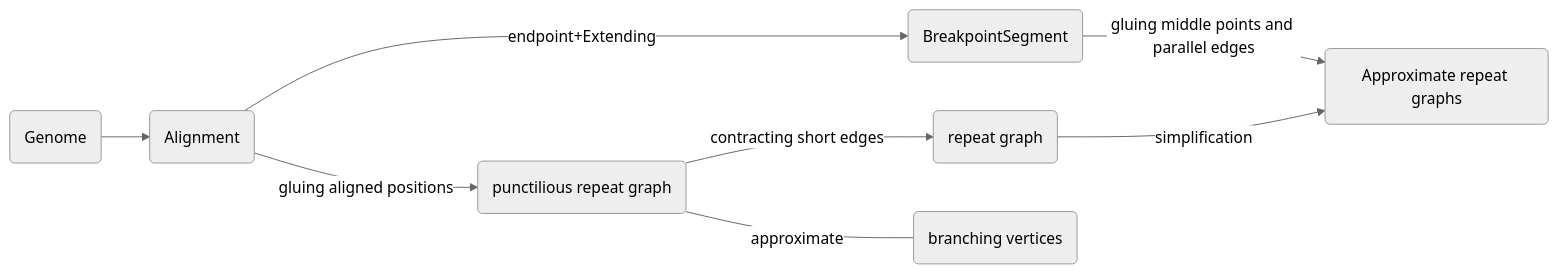
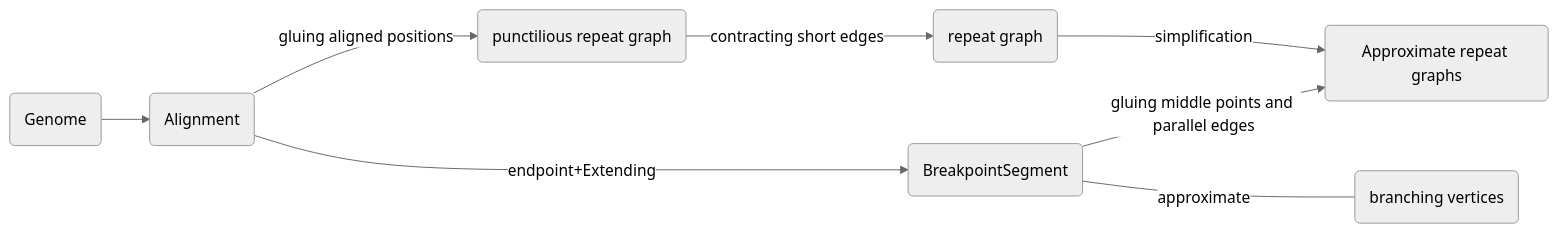
One commit to Wu-Haonan/Wu-Haonan.github.io changed the diagram in _posts/2021-07-14-Flye.md. Above: the diagram before and after it, drawn with Mermaid (neutral theme).

````diff
--- a/_posts/2021-07-14-Flye.md
+++ b/_posts/2021-07-14-Flye.md
@@ -88,10 +88,10 @@
 ```mermaid
 graph LR;
     A(Genome)-->B(Alignment);
     B-->|gluing aligned positions|C(punctilious repeat graph);
     C-->|contracting short edges|D(repeat graph);
     B-->|endpoint+Extending|E(BreakpointSegment);
     E-->|gluing middle points and parallel edges|F(Approximate repeat graphs);
     D-->|simplification|F;
-    C---|approximate|G(branching vertices);
+    E---|approximate|G(branching vertices);
 ```
````
